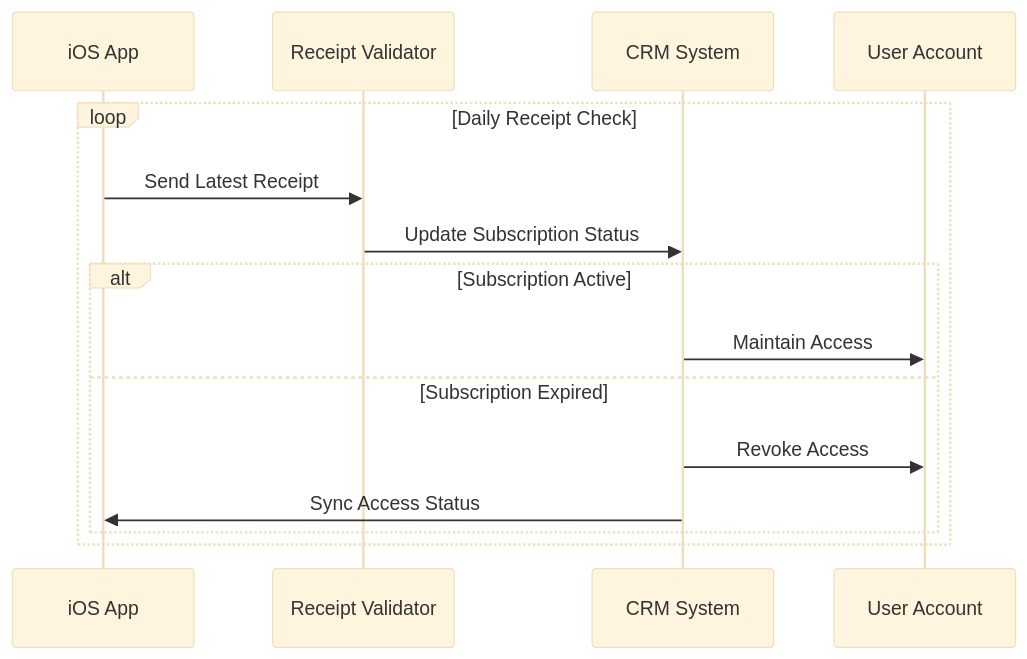
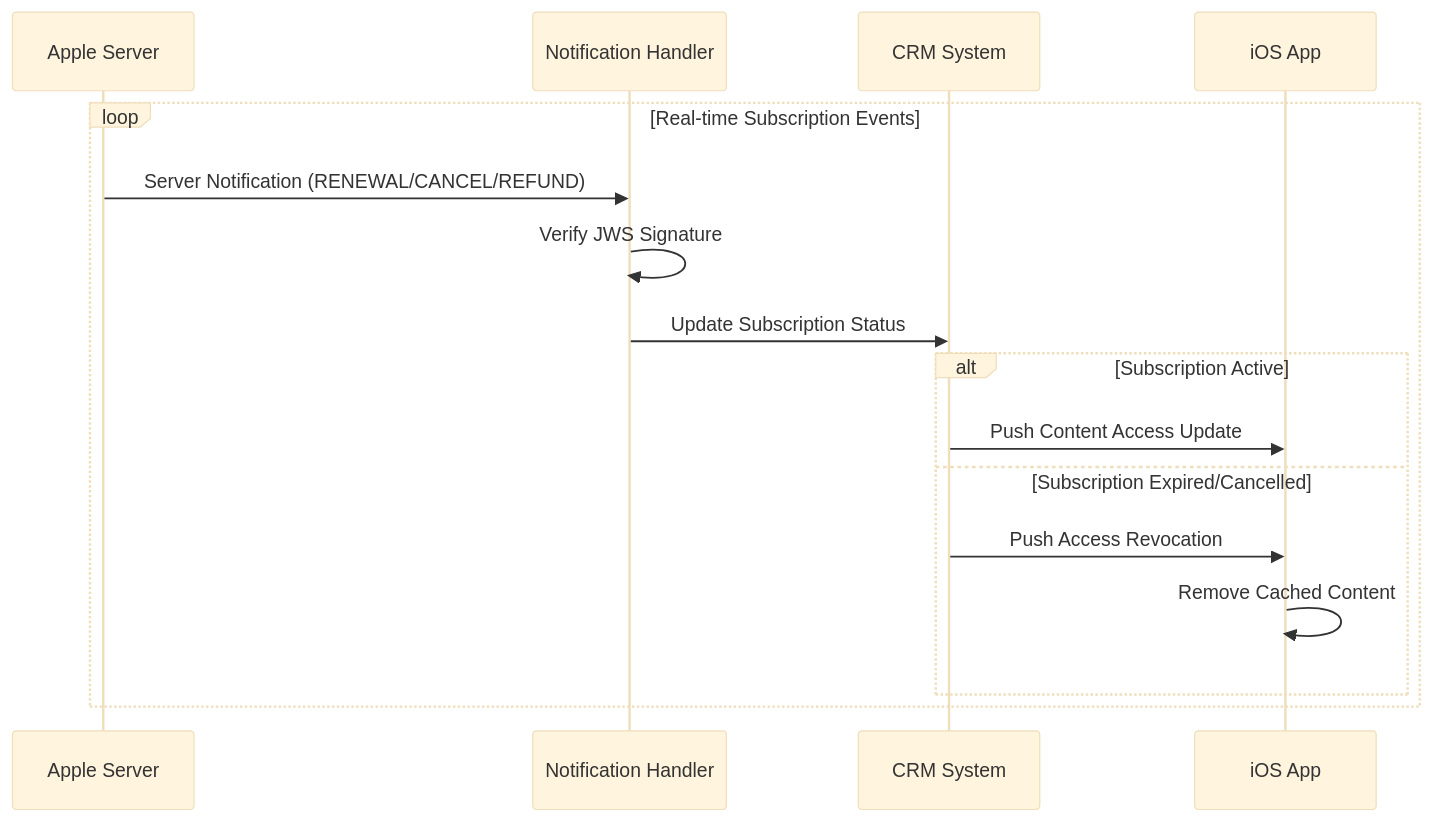
Before and after one commit to tnstoyanov/applePayInAppBt: the third of 3 diagrams in architecture/system-overview.md, drawn with Mermaid (base theme). The commit also changed other lines of this file and 5 other files, not shown here.

First line of the commit message:
CRITICAL: Remove all deprecated verifyReceipt API references

````diff
--- a/architecture/system-overview.md
+++ b/architecture/system-overview.md
@@ -151,18 +150,19 @@
 ```mermaid
 sequenceDiagram
+    participant AS as Apple Server
+    participant NH as Notification Handler
+    participant CRM as CRM System
     participant A as iOS App
-    participant RV as Receipt Validator
-    participant CRM as CRM System
-    participant U as User Account
     
-    loop Daily Receipt Check
-        A->>RV: Send Latest Receipt
-        RV->>CRM: Update Subscription Status
+    loop Real-time Subscription Events
+        AS->>NH: Server Notification (RENEWAL/CANCEL/REFUND)
+        NH->>NH: Verify JWS Signature
+        NH->>CRM: Update Subscription Status
         alt Subscription Active
-            CRM->>U: Maintain Access
-        else Subscription Expired
-            CRM->>U: Revoke Access
-            CRM->>A: Sync Access Status
+            CRM->>A: Push Content Access Update
+        else Subscription Expired/Cancelled
+            CRM->>A: Push Access Revocation
+            A->>A: Remove Cached Content
         end
     end
 ```
````
